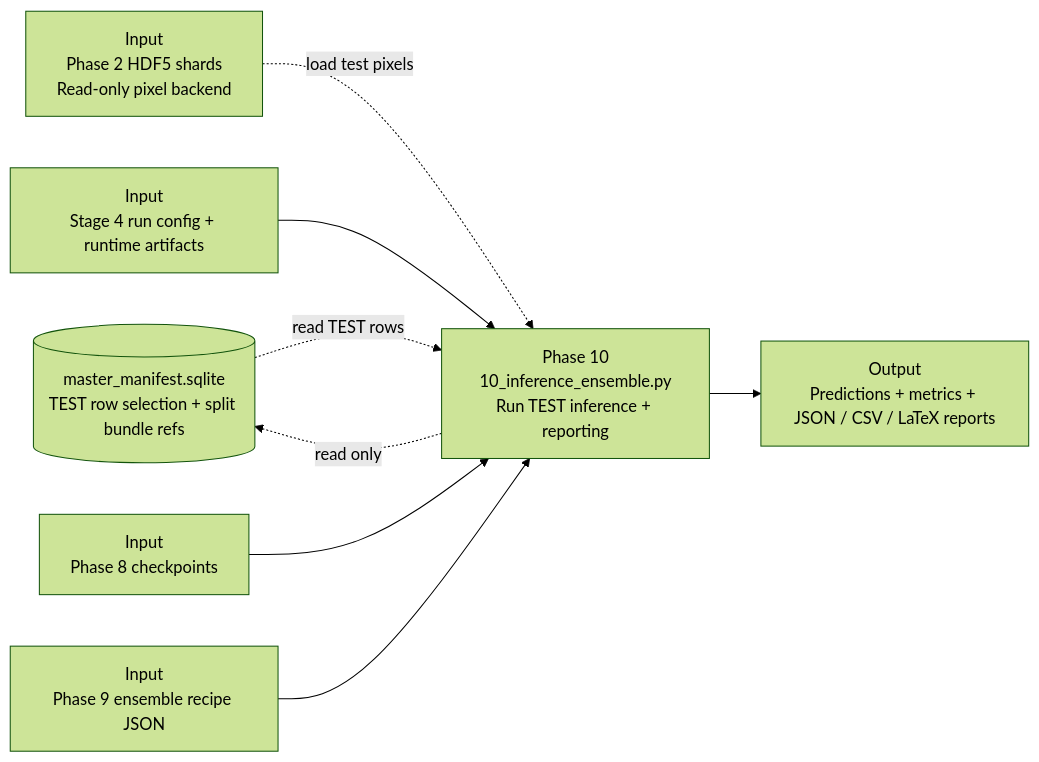
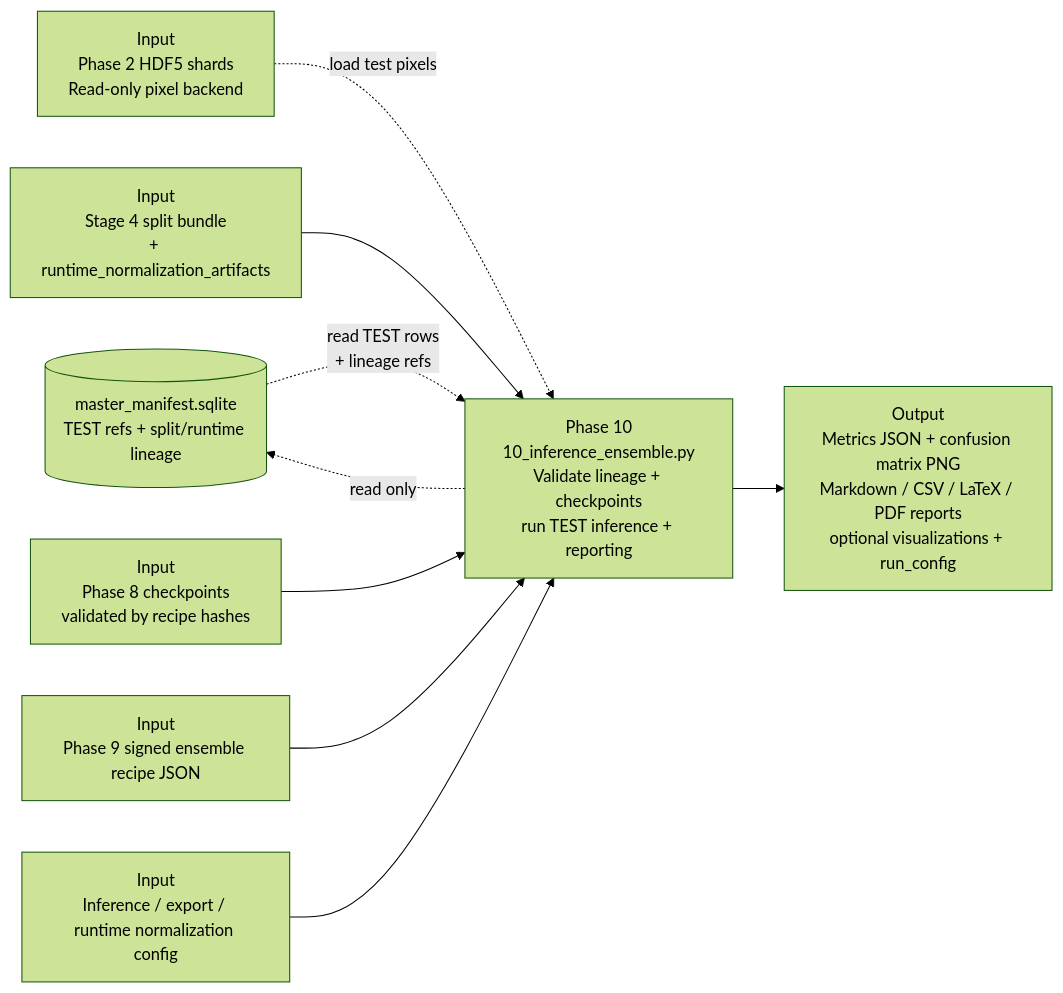
Before and after one commit to bhnunes/Master_Coding: the diagram in MERMAID/phase_10_inference.mermaid, drawn with Mermaid (forest theme). The commit also changed 27 other files, not shown here.

First line of the commit message:
Update ensemble inference configuration and pipeline behavior for visualization exports

```diff
--- a/MERMAID/phase_10_inference.mermaid
+++ b/MERMAID/phase_10_inference.mermaid
@@ -1,16 +1,18 @@
 flowchart LR
-    manifest[(master_manifest.sqlite<br/>TEST row selection + split bundle refs)]
+    manifest[(master_manifest.sqlite<br/>TEST refs + split/runtime lineage)]
     shards[Input<br/>Phase 2 HDF5 shards<br/>Read-only pixel backend]
-    phase4_outputs[Input<br/>Stage 4 run config + runtime artifacts]
-    checkpoints[Input<br/>Phase 8 checkpoints]
-    recipe[Input<br/>Phase 9 ensemble recipe JSON]
-    p10[Phase 10<br/>10_inference_ensemble.py<br/>Run TEST inference + reporting]
-    outputs[Output<br/>Predictions + metrics + JSON / CSV / LaTeX reports]
+    phase4_outputs[Input<br/>Stage 4 split bundle<br/>+ runtime_normalization_artifacts]
+    checkpoints[Input<br/>Phase 8 checkpoints<br/>validated by recipe hashes]
+    recipe[Input<br/>Phase 9 signed ensemble recipe JSON]
+    env[Input<br/>Inference / export / runtime normalization config]
+    p10[Phase 10<br/>10_inference_ensemble.py<br/>Validate lineage + checkpoints<br/>run TEST inference + reporting]
+    outputs[Output<br/>Metrics JSON + confusion matrix PNG<br/>Markdown / CSV / LaTeX / PDF reports<br/>optional visualizations + run_config]
 
-    manifest -. read TEST rows .-> p10
+    manifest -. read TEST rows<br/>+ lineage refs .-> p10
     shards -. load test pixels .-> p10
     phase4_outputs --> p10
     checkpoints --> p10
     recipe --> p10
+    env --> p10
     p10 --> outputs
     p10 -. read only .-> manifest
```
